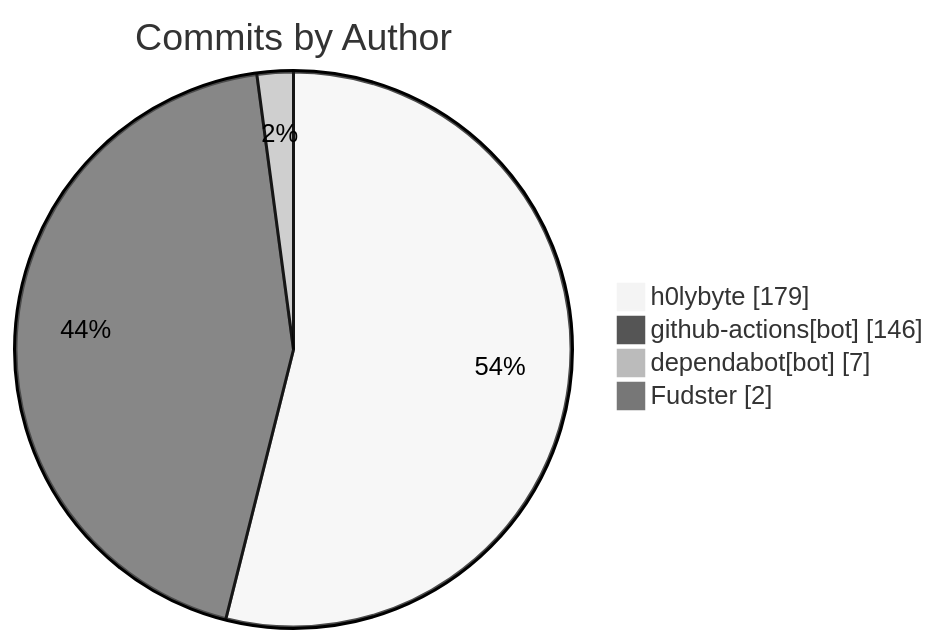
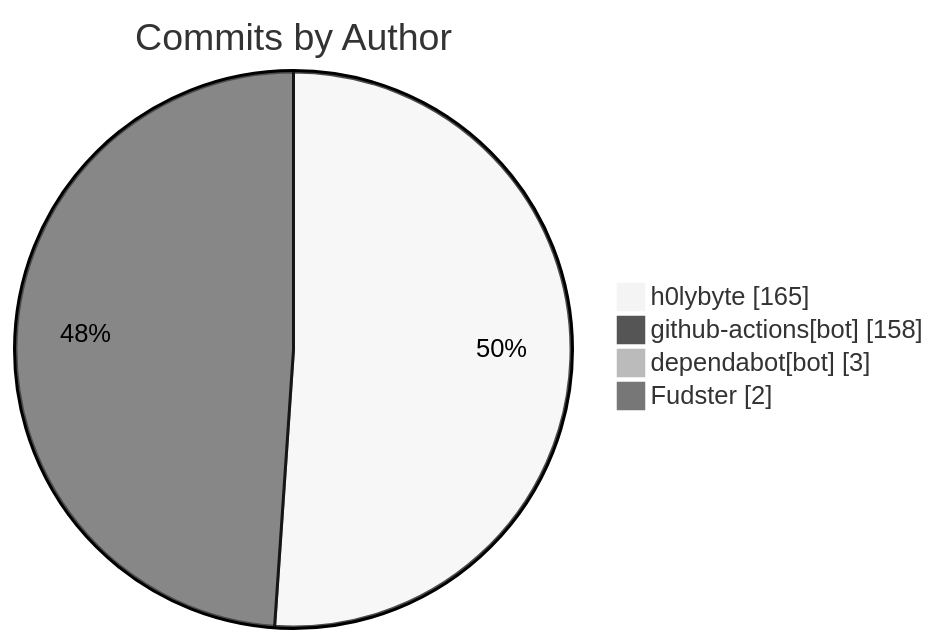
One commit to KBVE/kbve changed the diagram in apps/kbve/astro-kbve/src/content/docs/dashboard/activity.mdx. Above: the diagram before and after it, drawn with Mermaid (neutral theme). The commit also changed other lines of this file and 1 other file, not shown here.

````diff
--- a/apps/kbve/astro-kbve/src/content/docs/dashboard/activity.mdx
+++ b/apps/kbve/astro-kbve/src/content/docs/dashboard/activity.mdx
@@ -136,8 +136,8 @@
 ```mermaid
 pie showData
     title Commits by Author
-    "h0lybyte" : 179
-    "github-actions[bot]" : 146
-    "dependabot[bot]" : 7
+    "h0lybyte" : 165
+    "github-actions[bot]" : 158
+    "dependabot[bot]" : 3
     "Fudster" : 2
 ```
````
